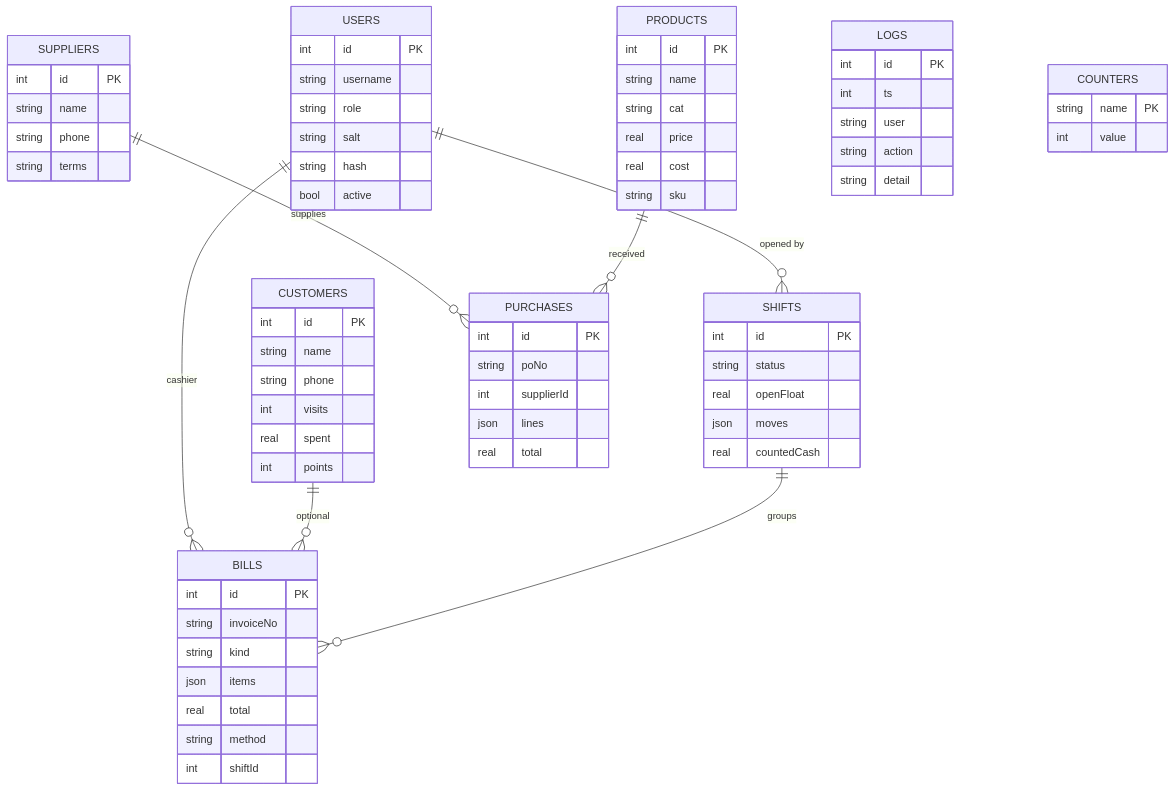
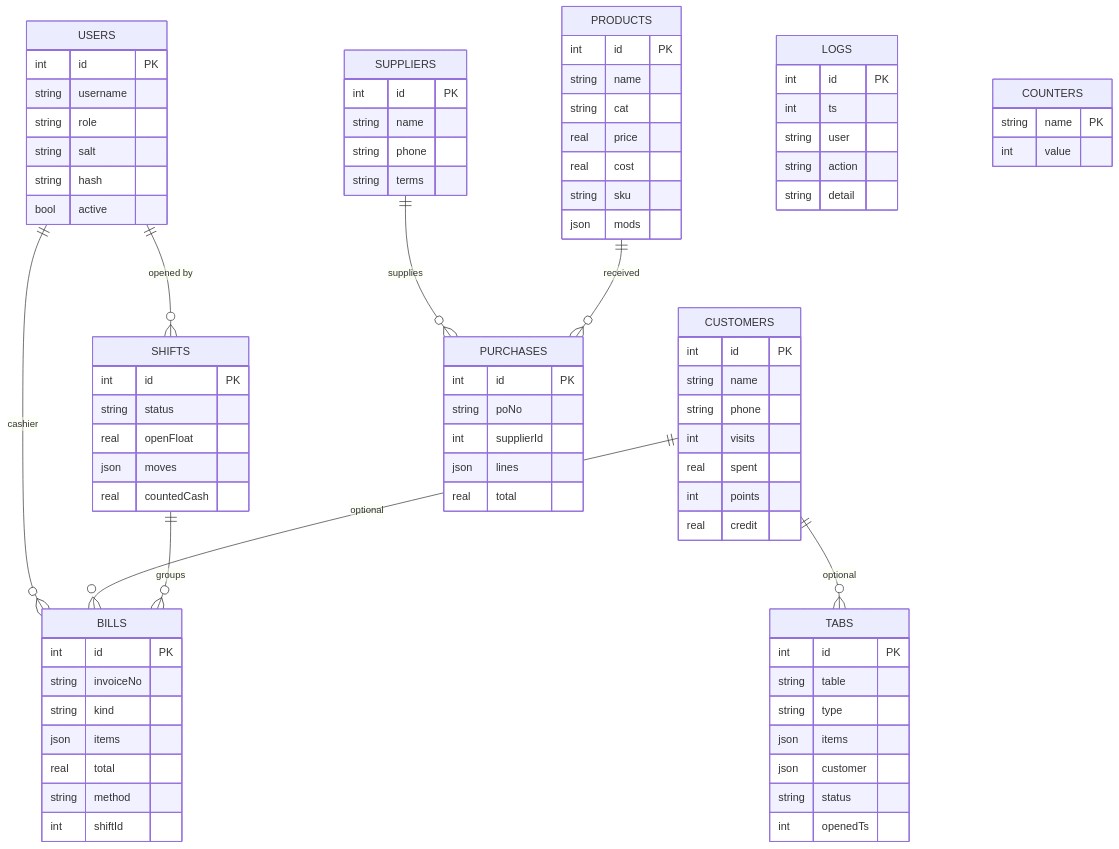
Before and after one commit to LasaKaru/HelaPOS: the third of 3 diagrams in README.md, drawn with Mermaid. The commit also changed other lines of this file and 1 other file, not shown here.

Commit message:
Add live table management (open tabs: seat / resume / transfer / merge / settle)
- New HelaDB 'tabs' table (added to DOC_TABLES, seeded with two open tabs);
  existing databases auto-gain an empty tabs table on load
- Tables screen is now live: available/occupied derived from open tabs, each
  occupied table shows item count, age, cashier and live total; actions to
  Open (resume in POS), Transfer to an empty table, or Merge into another tab
- POS gains 'Save <table> & keep open'; seating/opening another table auto-stashes
  the current order first (one tab per table, fresh re-fetch on open) so nothing
  is lost; paying or voiding settles and frees the table
- Orders screen rewritten live: open tabs + today's bills, with Open actions and
  Open/Paid/Refunded status (reflects the in-POS tab)
- All tab actions audit-logged (save/transfer/merge)
- README: feature table, roadmap and ER diagram updated (+ mods/credit fields)

https://claude.ai/code/session_015JPoiT42Rx5HM4uiHM4Hnj

````diff
--- a/README.md
+++ b/README.md
@@ -137,19 +137,21 @@
 ```mermaid
 erDiagram
   USERS      ||--o{ BILLS     : "cashier"
   USERS      ||--o{ SHIFTS    : "opened by"
   CUSTOMERS  ||--o{ BILLS     : "optional"
   SHIFTS     ||--o{ BILLS     : "groups"
   SUPPLIERS  ||--o{ PURCHASES : "supplies"
   PRODUCTS   ||--o{ PURCHASES : "received"
+  CUSTOMERS  ||--o{ TABS      : "optional"
 
   USERS      { int id PK  string username  string role  string salt  string hash  bool active }
-  PRODUCTS   { int id PK  string name  string cat  real price  real cost  string sku }
-  CUSTOMERS  { int id PK  string name  string phone  int visits  real spent  int points }
+  PRODUCTS   { int id PK  string name  string cat  real price  real cost  string sku  json mods }
+  CUSTOMERS  { int id PK  string name  string phone  int visits  real spent  int points  real credit }
   BILLS      { int id PK  string invoiceNo  string kind  json items  real total  string method  int shiftId }
+  TABS       { int id PK  string table  string type  json items  json customer  string status  int openedTs }
   SHIFTS     { int id PK  string status  real openFloat  json moves  real countedCash }
   SUPPLIERS  { int id PK  string name  string phone  string terms }
   PURCHASES  { int id PK  string poNo  int supplierId  json lines  real total }
   LOGS       { int id PK  int ts  string user  string action  string detail }
   COUNTERS   { string name PK  int value }
 ```
````
